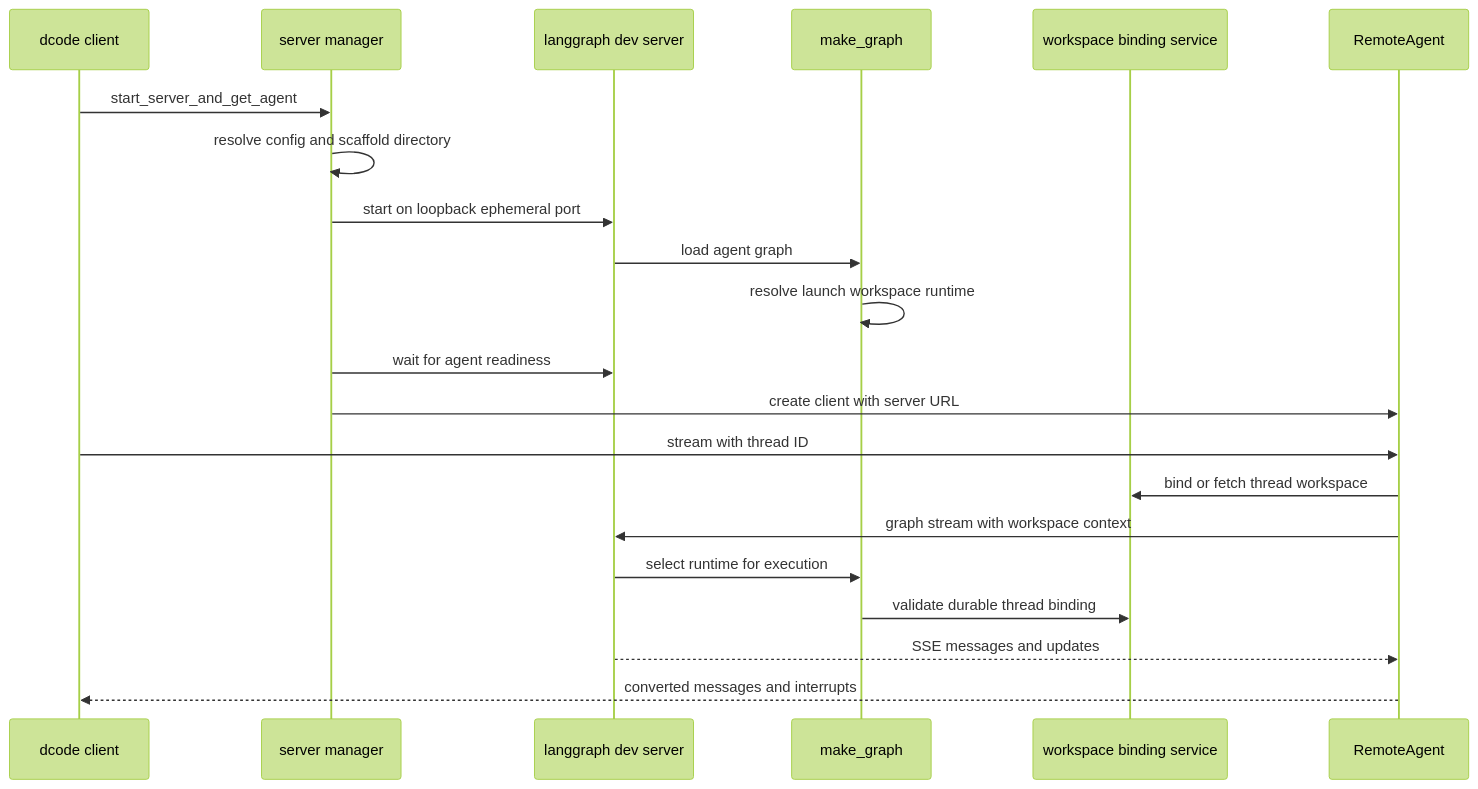
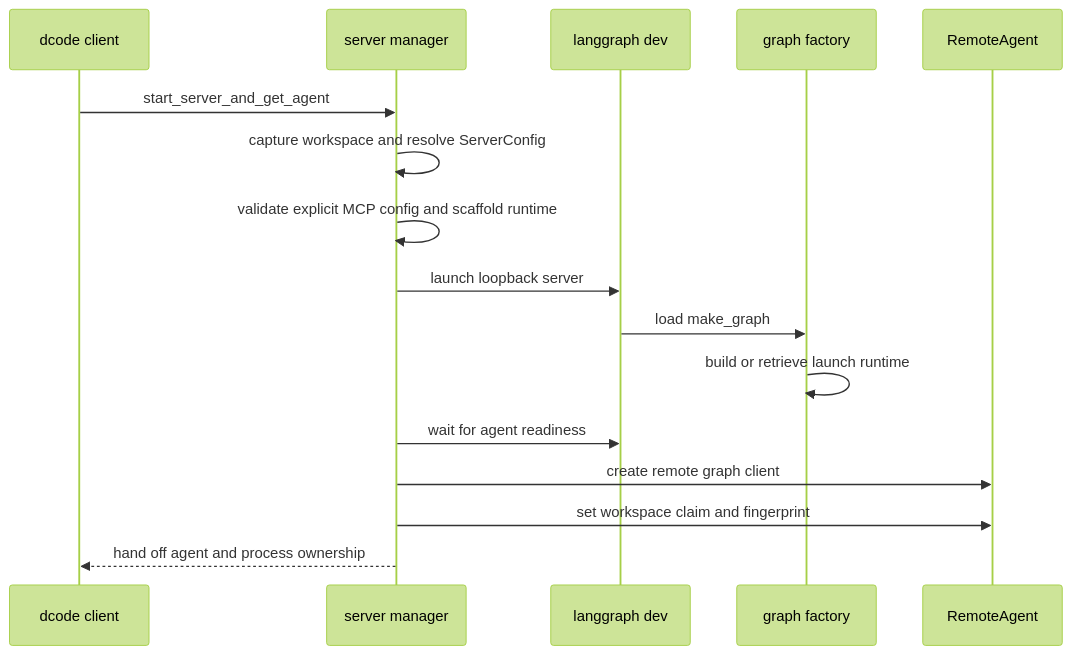
The first of 2 diagrams in openwiki/architecture/runtime-behavior.md (langchain-ai/deepagents), drawn with Mermaid (forest theme) before and after one commit. The commit also changed other lines of this file and 36 other files, not shown here.

````diff
--- a/openwiki/architecture/runtime-behavior.md
+++ b/openwiki/architecture/runtime-behavior.md
@@ -43,23 +45,18 @@
 ```mermaid
 sequenceDiagram
     participant Client as dcode client
     participant Manager as server manager
-    participant Server as langgraph dev server
-    participant Factory as make_graph
-    participant Workspace as workspace binding service
+    participant Child as langgraph dev
+    participant Factory as graph factory
     participant Remote as RemoteAgent
     Client->>Manager: start_server_and_get_agent
-    Manager->>Manager: resolve config and scaffold directory
-    Manager->>Server: start on loopback ephemeral port
-    Server->>Factory: load agent graph
-    Factory->>Factory: resolve launch workspace runtime
-    Manager->>Server: wait for agent readiness
-    Manager->>Remote: create client with server URL
-    Client->>Remote: stream with thread ID
-    Remote->>Workspace: bind or fetch thread workspace
-    Remote->>Server: graph stream with workspace context
-    Server->>Factory: select runtime for execution
-    Factory->>Workspace: validate durable thread binding
-    Server-->>Remote: SSE messages and updates
-    Remote-->>Client: converted messages and interrupts
+    Manager->>Manager: capture workspace and resolve ServerConfig
+    Manager->>Manager: validate explicit MCP config and scaffold runtime
+    Manager->>Child: launch loopback server
+    Child->>Factory: load make_graph
+    Factory->>Factory: build or retrieve launch runtime
+    Manager->>Child: wait for agent readiness
+    Manager->>Remote: create remote graph client
+    Manager->>Remote: set workspace claim and fingerprint
+    Manager-->>Client: hand off agent and process ownership
 ```
````
